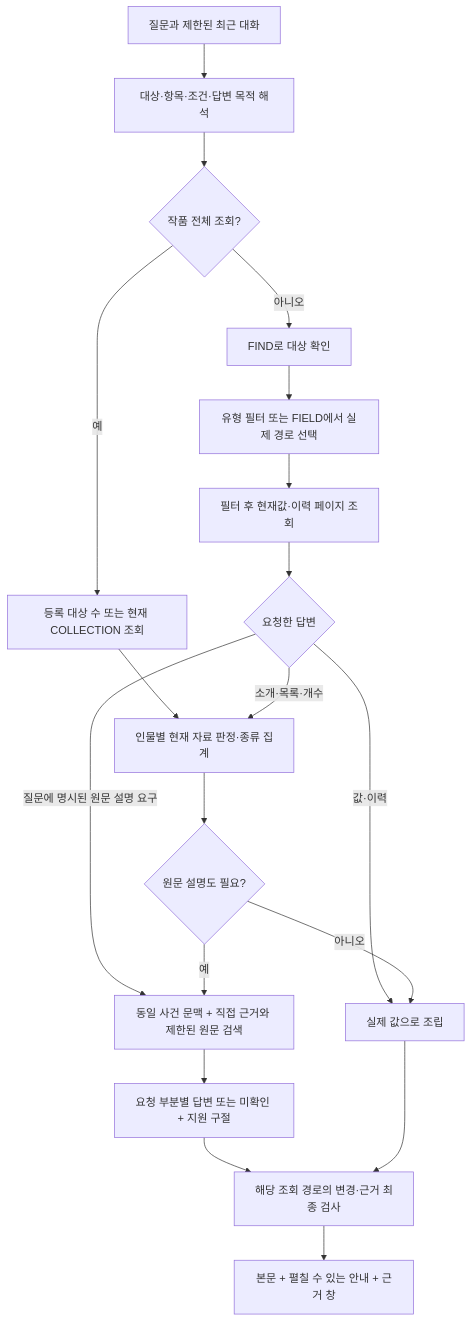
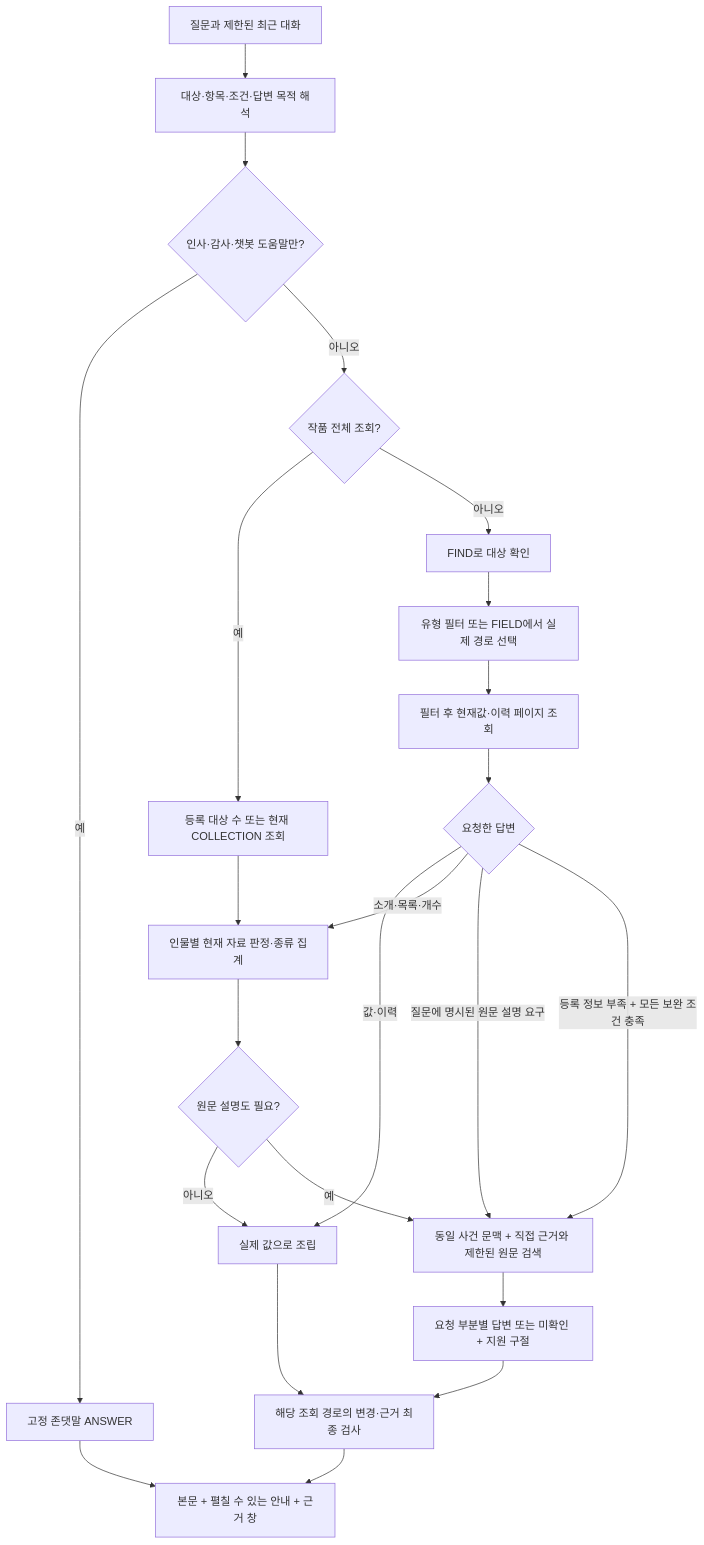
Before and after one commit to catchhole-soma/catchhole-backend-ai: the diagram in docs/chat-query-quality-v1.md, drawn with Mermaid. The commit also changed other lines of this file and 6 other files, not shown here.

````diff
--- a/docs/chat-query-quality-v1.md
+++ b/docs/chat-query-quality-v1.md
@@ -11,21 +46,25 @@
 ```mermaid
 flowchart TD
     Q[질문과 제한된 최근 대화] --> P[대상·항목·조건·답변 목적 해석]
-    P --> W{작품 전체 조회?}
+    P --> D{인사·감사·챗봇 도움말만?}
+    D -->|예| TALK[고정 존댓말 ANSWER]
+    TALK --> UI
+    D -->|아니오| W{작품 전체 조회?}
     W -->|예| C[등록 대상 수 또는 현재 COLLECTION 조회]
     W -->|아니오| N[FIND로 대상 확인]
     N --> F[유형 필터 또는 FIELD에서 실제 경로 선택]
     F --> R[필터 후 현재값·이력 페이지 조회]
     C --> J[인물별 현재 자료 판정·종류 집계]
     R --> S{요청한 답변}
     S -->|값·이력| V[실제 값으로 조립]
     S -->|소개·목록·개수| J
     S -->|질문에 명시된 원문 설명 요구| E[동일 사건 문맥 + 직접 근거와 제한된 원문 검색]
+    S -->|등록 정보 부족 + 모든 보완 조건 충족| E
     J --> B{원문 설명도 필요?}
     B -->|아니오| V
     B -->|예| E
     E --> A[요청 부분별 답변 또는 미확인 + 지원 구절]
     A --> G[해당 조회 경로의 변경·근거 최종 검사]
     V --> G
     G --> UI[본문 + 펼칠 수 있는 안내 + 근거 창]
 ```
````
